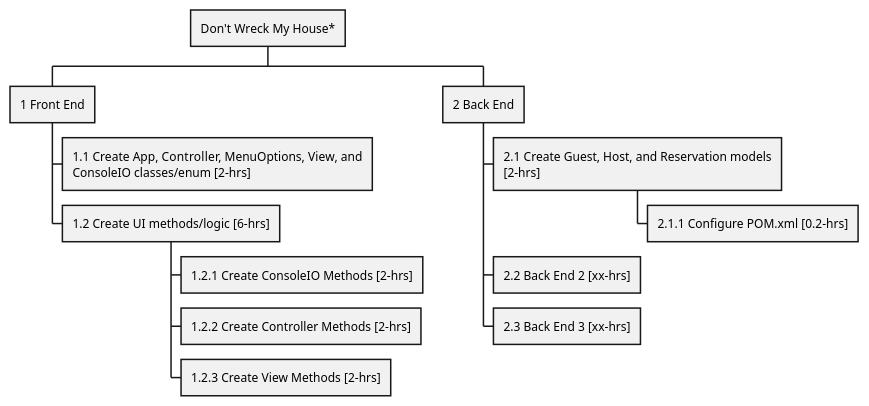
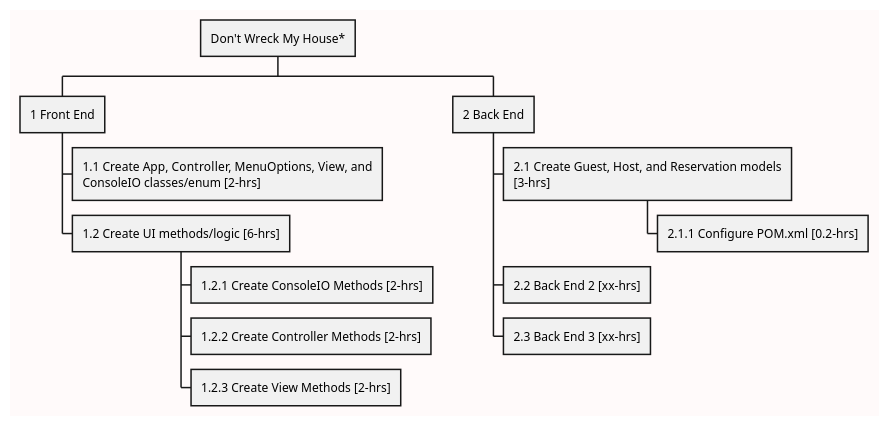
One commit to Miro-Stojanovic97/mirostoj-exercises-assessments changed the second of 3 diagrams in week-05/DontWreckMyHouse/README.md. Above: the diagram before and after it, drawn with PlantUML. The commit also changed other lines of this file and 3 other files, not shown here.

````diff
--- a/week-05/DontWreckMyHouse/README.md
+++ b/week-05/DontWreckMyHouse/README.md
@@ -168,21 +172,24 @@
 ```plantuml
 @startwbs
+skinparam linetype poly
+skinparam backgroundColor snow
+
 <style>
 node {
 MaximumWidth 300
 }
 </style>
 * Don't Wreck My House*
 ** 1 Front End
 *** 1.1 Create App, Controller, MenuOptions, View, and ConsoleIO classes/enum [2-hrs]
 *** 1.2 Create UI methods/logic [6-hrs]
 **** 1.2.1 Create ConsoleIO Methods [2-hrs]
 **** 1.2.2 Create Controller Methods [2-hrs]
 **** 1.2.3 Create View Methods [2-hrs]
 ** 2 Back End
-*** 2.1 Create Guest, Host, and Reservation models [2-hrs]
+*** 2.1 Create Guest, Host, and Reservation models [3-hrs]
 **** 2.1.1 Configure POM.xml [0.2-hrs]
 *** 2.2 Back End 2 [xx-hrs]
 *** 2.3 Back End 3 [xx-hrs]
 @endwbs
 ```
````
